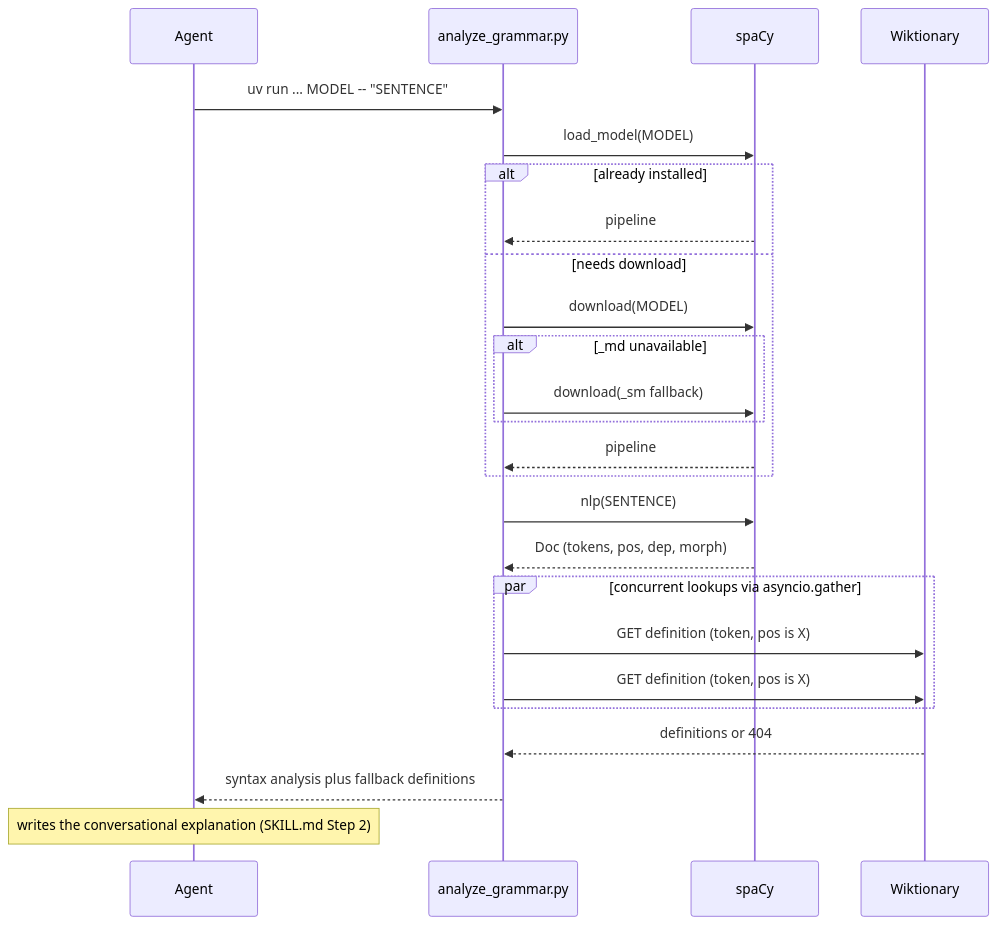
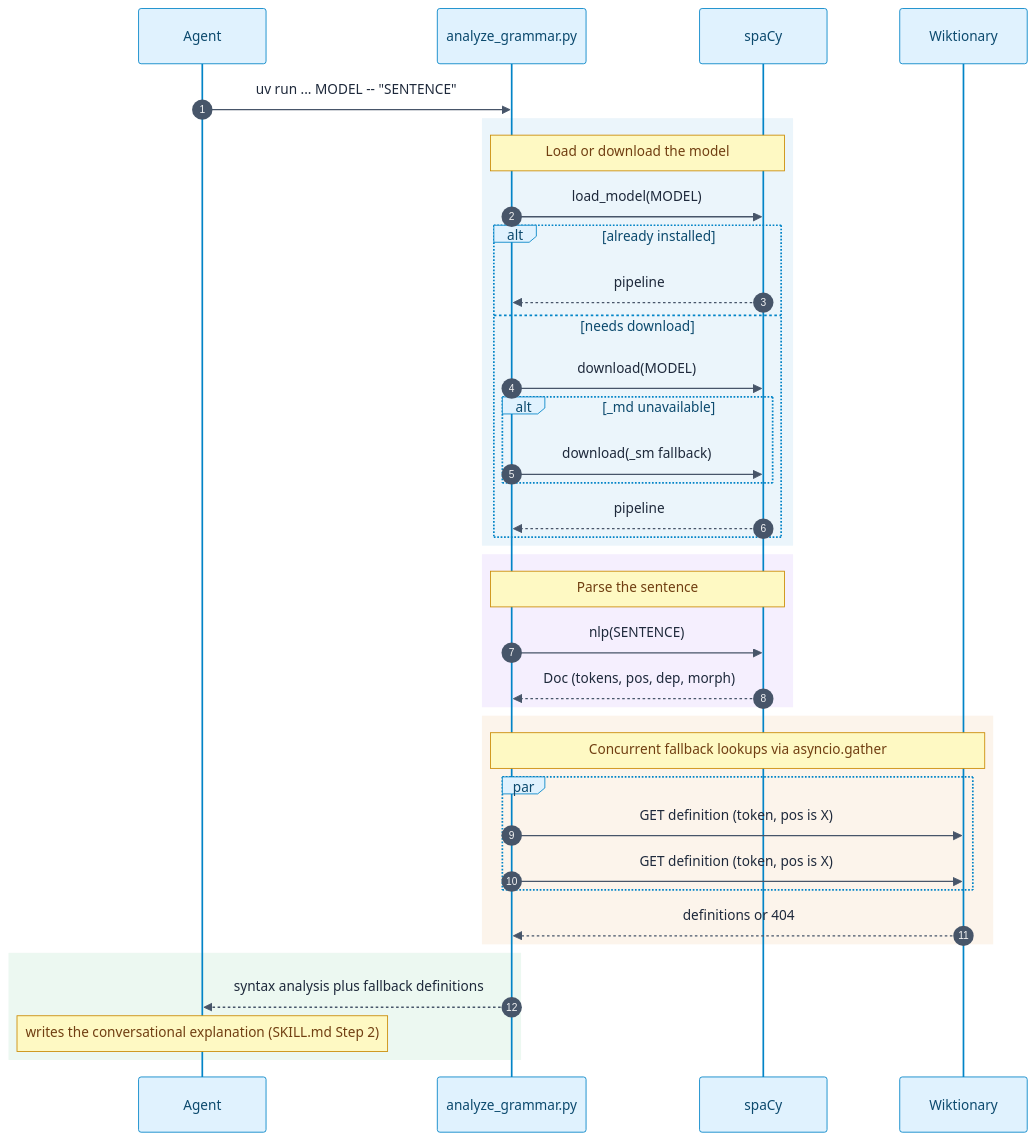
One commit to nikosavola/analyze-grammar-skill changed the diagram in README.md. Above: the diagram before and after it, drawn with Mermaid. The commit also changed 1 other file, not shown here.

Commit message:
Color the README sequence diagram by phase
Custom theme (actor/note colors) plus a distinct pastel rect background per
phase: model load/download, parsing, concurrent Wiktionary lookups,
response. Validated against a live Mermaid renderer before committing.

Also exempt code fences from markdownlint's MD013 line-length check - a
mermaid %%{init}%% directive has to stay on one line.

````diff
--- a/README.md
+++ b/README.md
@@ -45,28 +45,45 @@
 ```mermaid
+%%{init: {'theme': 'base', 'themeVariables': {'primaryColor': '#e0f2fe', 'primaryBorderColor': '#0284c7', 'primaryTextColor': '#0c4a6e', 'actorBkg': '#e0f2fe', 'actorBorder': '#0284c7', 'actorTextColor': '#0c4a6e', 'signalColor': '#475569', 'signalTextColor': '#1e293b', 'noteBkgColor': '#fef9c3', 'noteBorderColor': '#ca8a04', 'noteTextColor': '#713f12'}}}%%
 sequenceDiagram
+    autonumber
     participant Agent
     participant Script as analyze_grammar.py
     participant spaCy
     participant Wiktionary
 
     Agent->>Script: uv run ... MODEL -- "SENTENCE"
+
+    rect rgba(2, 132, 199, 0.08)
+    Note over Script,spaCy: Load or download the model
     Script->>spaCy: load_model(MODEL)
     alt already installed
         spaCy-->>Script: pipeline
     else needs download
         Script->>spaCy: download(MODEL)
         alt _md unavailable
             Script->>spaCy: download(_sm fallback)
         end
         spaCy-->>Script: pipeline
     end
+    end
+
+    rect rgba(124, 58, 237, 0.08)
+    Note over Script,spaCy: Parse the sentence
     Script->>spaCy: nlp(SENTENCE)
     spaCy-->>Script: Doc (tokens, pos, dep, morph)
-    par concurrent lookups via asyncio.gather
+    end
+
+    rect rgba(217, 119, 6, 0.08)
+    Note over Script,Wiktionary: Concurrent fallback lookups via asyncio.gather
+    par
         Script->>Wiktionary: GET definition (token, pos is X)
         Script->>Wiktionary: GET definition (token, pos is X)
     end
     Wiktionary-->>Script: definitions or 404
+    end
+
+    rect rgba(22, 163, 74, 0.08)
     Script-->>Agent: syntax analysis plus fallback definitions
     Note over Agent: writes the conversational explanation (SKILL.md Step 2)
+    end
 ```
````
